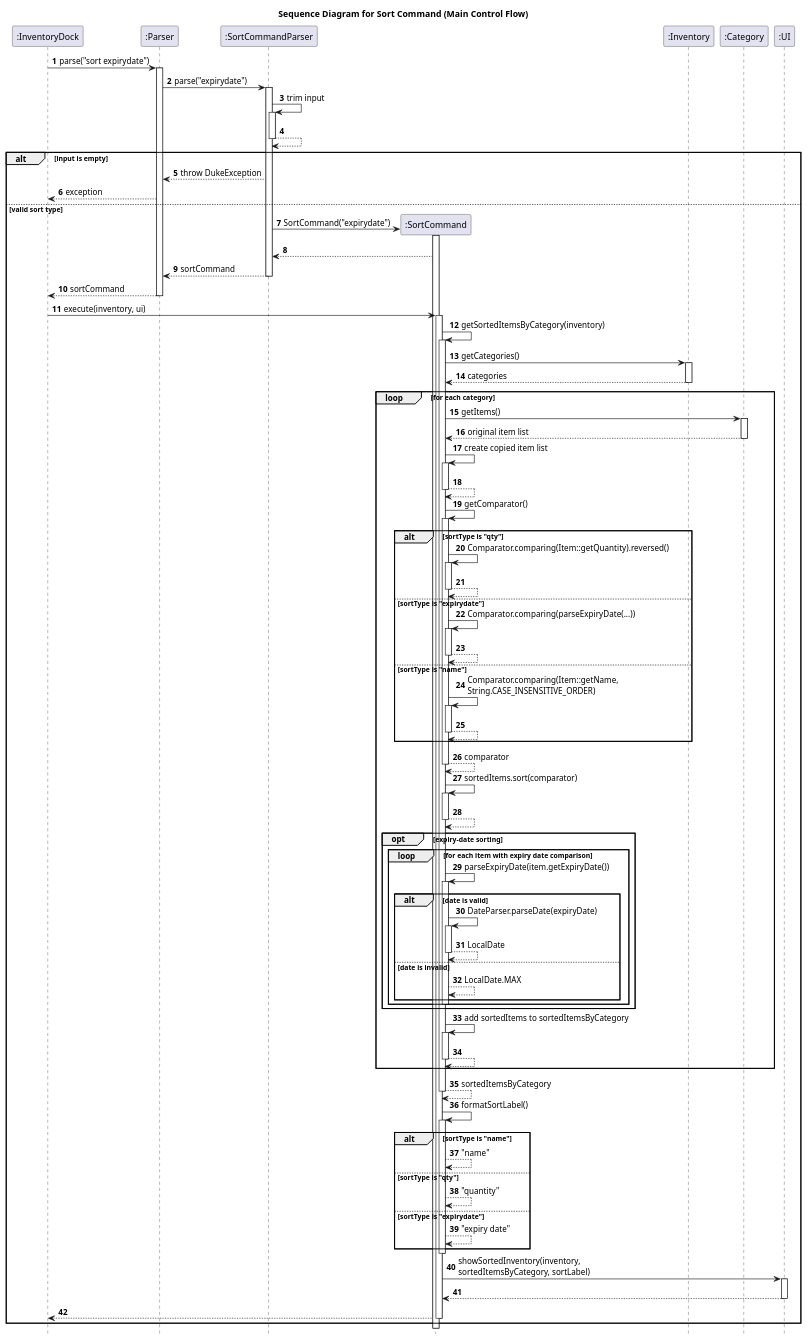
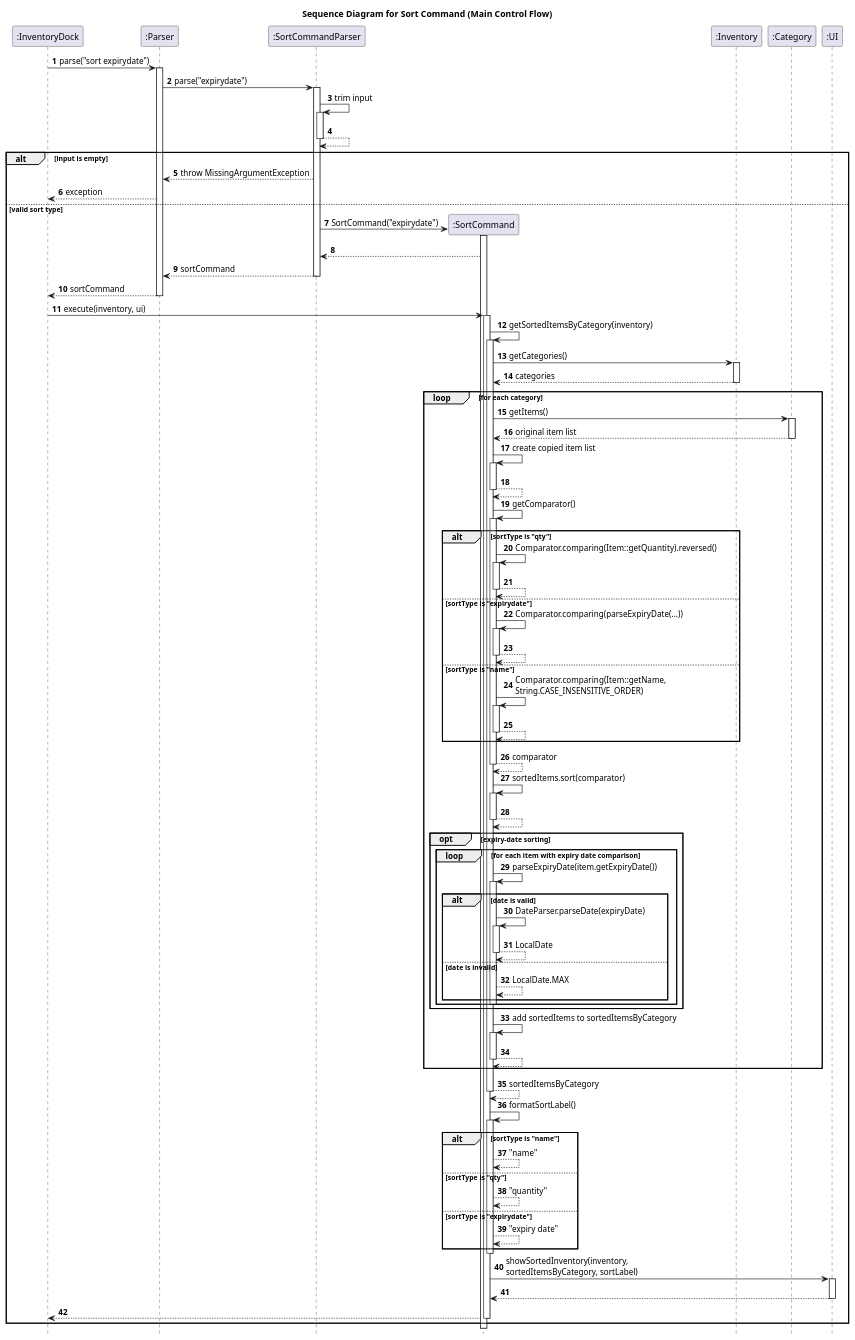
One commit to YeoSiZhao/tp changed the diagram in docs/diagrams/sequence/SortingMainFlow.puml. Above: the diagram before and after it, drawn with PlantUML. The commit also changed 4 other files, not shown here.

```diff
--- a/docs/diagrams/sequence/SortingMainFlow.puml
+++ b/docs/diagrams/sequence/SortingMainFlow.puml
@@ -1,137 +1,137 @@
 @startuml
 title Sequence Diagram for Sort Command (Main Control Flow)
 
 autonumber
 hide footbox
 
 participant ":InventoryDock" as InventoryDock
 participant ":Parser" as Parser
 participant ":SortCommandParser" as SortCommandParser
 participant ":SortCommand" as SortCommand
 participant ":Inventory" as Inventory
 participant ":Category" as Category
 participant ":UI" as UI
 
 InventoryDock -> Parser: parse("sort expirydate")
 activate Parser
 
 Parser -> SortCommandParser: parse("expirydate")
 activate SortCommandParser
 
 SortCommandParser -> SortCommandParser: trim input
 activate SortCommandParser
 SortCommandParser --> SortCommandParser
 deactivate SortCommandParser
 
 alt input is empty
-    SortCommandParser --> Parser: throw DukeException
+    SortCommandParser --> Parser: throw MissingArgumentException
     Parser --> InventoryDock: exception
 else valid sort type
     create SortCommand
     SortCommandParser -> SortCommand: SortCommand("expirydate")
     activate SortCommand
     SortCommand --> SortCommandParser
 
     SortCommandParser --> Parser: sortCommand
     deactivate SortCommandParser
     Parser --> InventoryDock: sortCommand
     deactivate Parser
 
     InventoryDock -> SortCommand: execute(inventory, ui)
     activate SortCommand
 
     SortCommand -> SortCommand: getSortedItemsByCategory(inventory)
     activate SortCommand
 
     SortCommand -> Inventory: getCategories()
     activate Inventory
     Inventory --> SortCommand: categories
     deactivate Inventory
 
     loop for each category
         SortCommand -> Category: getItems()
         activate Category
         Category --> SortCommand: original item list
         deactivate Category
 
         SortCommand -> SortCommand: create copied item list
         activate SortCommand
         SortCommand --> SortCommand
         deactivate SortCommand
 
         SortCommand -> SortCommand: getComparator()
         activate SortCommand
 
         alt sortType is "qty"
             SortCommand -> SortCommand: Comparator.comparing(Item::getQuantity).reversed()
             activate SortCommand
             SortCommand --> SortCommand
             deactivate SortCommand
         else sortType is "expirydate"
             SortCommand -> SortCommand: Comparator.comparing(parseExpiryDate(...))
             activate SortCommand
             SortCommand --> SortCommand
             deactivate SortCommand
         else sortType is "name"
             SortCommand -> SortCommand: Comparator.comparing(Item::getName,\nString.CASE_INSENSITIVE_ORDER)
             activate SortCommand
             SortCommand --> SortCommand
             deactivate SortCommand
         end
 
         SortCommand --> SortCommand: comparator
         deactivate SortCommand
 
         SortCommand -> SortCommand: sortedItems.sort(comparator)
         activate SortCommand
         SortCommand --> SortCommand
         deactivate SortCommand
 
         opt expiry-date sorting
             loop for each item with expiry date comparison
                 SortCommand -> SortCommand: parseExpiryDate(item.getExpiryDate())
                 activate SortCommand
 
                 alt date is valid
                     SortCommand -> SortCommand: DateParser.parseDate(expiryDate)
                     activate SortCommand
                     SortCommand --> SortCommand: LocalDate
                     deactivate SortCommand
                 else date is invalid
                     SortCommand --> SortCommand: LocalDate.MAX
                 end
                 deactivate SortCommand
             end
         end
 
         SortCommand -> SortCommand: add sortedItems to sortedItemsByCategory
         activate SortCommand
         SortCommand --> SortCommand
         deactivate SortCommand
     end
 
     SortCommand --> SortCommand: sortedItemsByCategory
     deactivate SortCommand
 
     SortCommand -> SortCommand: formatSortLabel()
     activate SortCommand
 
     alt sortType is "name"
         SortCommand --> SortCommand: "name"
     else sortType is "qty"
         SortCommand --> SortCommand: "quantity"
     else sortType is "expirydate"
         SortCommand --> SortCommand: "expiry date"
     end
     deactivate SortCommand
 
     SortCommand -> UI: showSortedInventory(inventory,\nsortedItemsByCategory, sortLabel)
     activate UI
     UI --> SortCommand
     deactivate UI
 
     SortCommand --> InventoryDock
     deactivate SortCommand
 end
 
 @enduml
```
